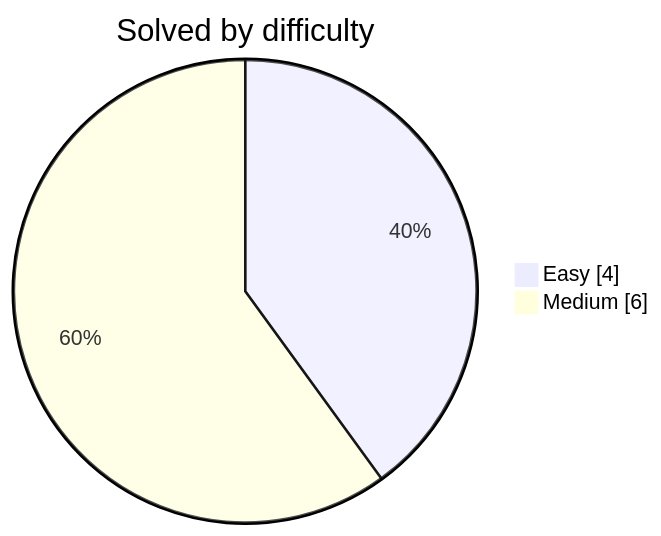
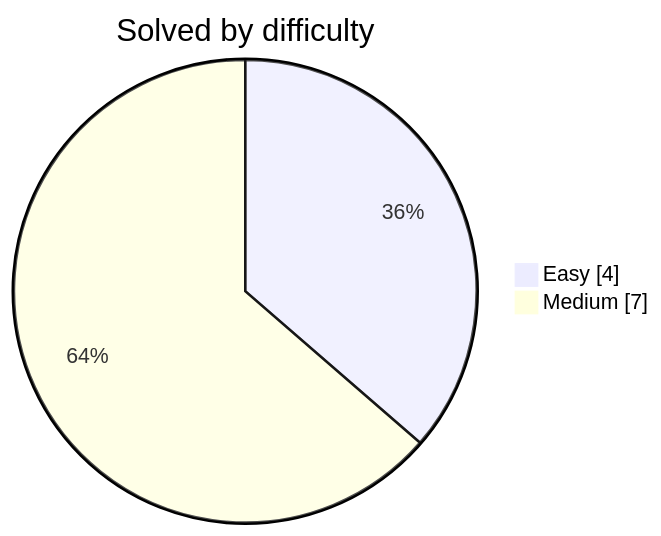
One commit to DwijeshD/leetcode-solutions changed the diagram in README.md. Above: the diagram before and after it, drawn with Mermaid. The commit also changed other lines of this file and 2 other files, not shown here.

````diff
--- a/README.md
+++ b/README.md
@@ -31,6 +31,6 @@
 ```mermaid
 pie showData
     title Solved by difficulty
     "Easy" : 4
-    "Medium" : 6
+    "Medium" : 7
 ```
````
